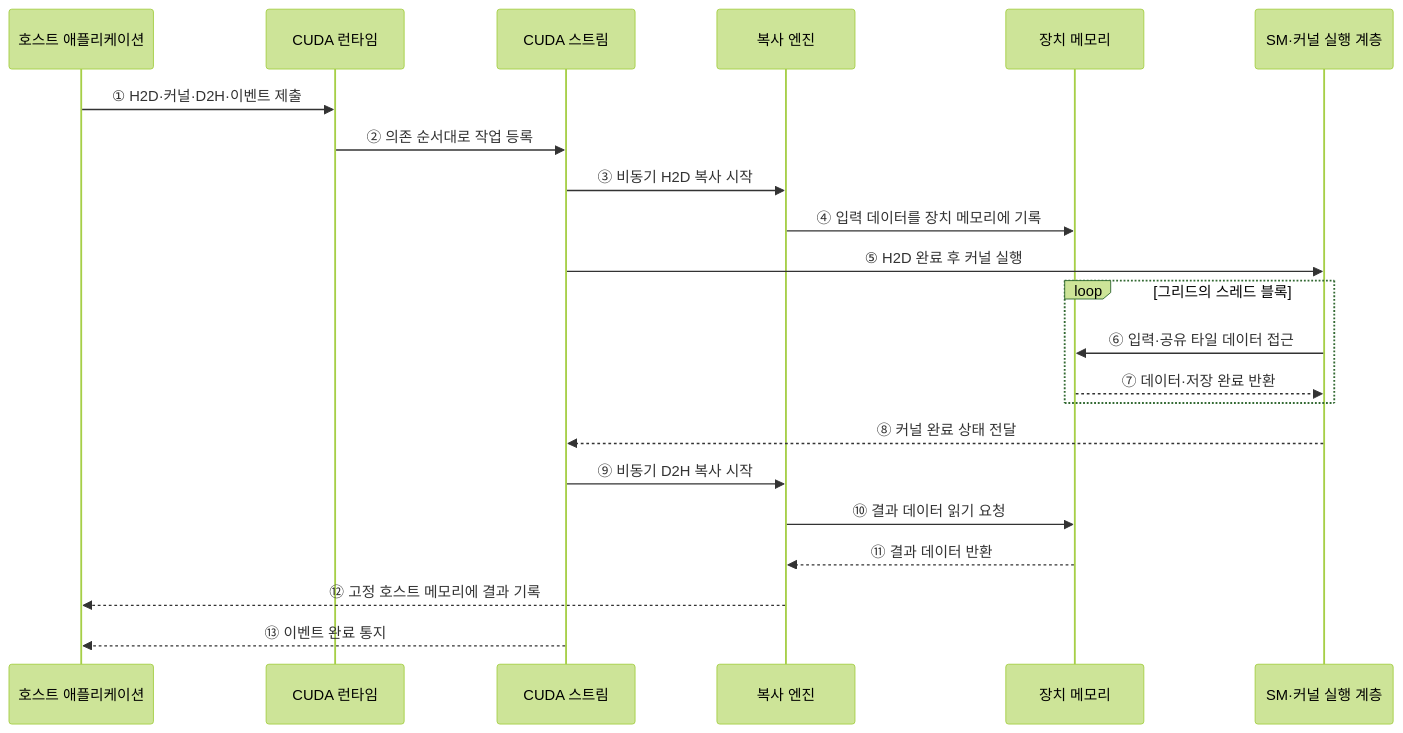
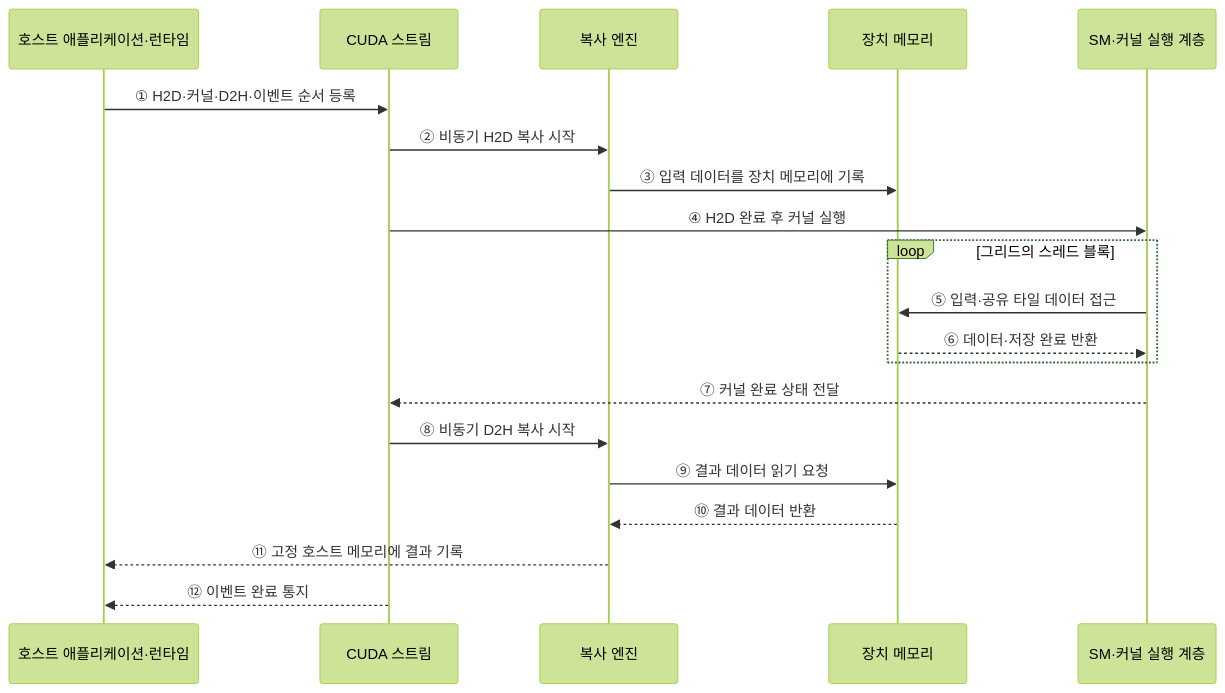
The second of 2 diagrams in src/content/docs/notes/02-hardware/042_cuda_parallel_computing.md (agnusdei1207/knowledge-base), drawn with Mermaid (forest theme) before and after one commit. The commit also changed other lines of this file and 20 other files, not shown here.

````diff
--- a/src/content/docs/notes/02-hardware/042_cuda_parallel_computing.md
+++ b/src/content/docs/notes/02-hardware/042_cuda_parallel_computing.md
@@ -87,25 +78,23 @@
 ```mermaid
 sequenceDiagram
-    participant H as 호스트 애플리케이션
-    participant R as CUDA 런타임
+    participant H as 호스트 애플리케이션·런타임
     participant S as CUDA 스트림
     participant C as 복사 엔진
     participant M as 장치 메모리
     participant K as SM·커널 실행 계층
 
-    H->>R: ① H2D·커널·D2H·이벤트 제출
-    R->>S: ② 의존 순서대로 작업 등록
-    S->>C: ③ 비동기 H2D 복사 시작
-    C->>M: ④ 입력 데이터를 장치 메모리에 기록
-    S->>K: ⑤ H2D 완료 후 커널 실행
+    H->>S: ① H2D·커널·D2H·이벤트 순서 등록
+    S->>C: ② 비동기 H2D 복사 시작
+    C->>M: ③ 입력 데이터를 장치 메모리에 기록
+    S->>K: ④ H2D 완료 후 커널 실행
     loop 그리드의 스레드 블록
-        K->>M: ⑥ 입력·공유 타일 데이터 접근
-        M-->>K: ⑦ 데이터·저장 완료 반환
+        K->>M: ⑤ 입력·공유 타일 데이터 접근
+        M-->>K: ⑥ 데이터·저장 완료 반환
     end
-    K-->>S: ⑧ 커널 완료 상태 전달
-    S->>C: ⑨ 비동기 D2H 복사 시작
-    C->>M: ⑩ 결과 데이터 읽기 요청
-    M-->>C: ⑪ 결과 데이터 반환
-    C-->>H: ⑫ 고정 호스트 메모리에 결과 기록
-    S-->>H: ⑬ 이벤트 완료 통지
+    K-->>S: ⑦ 커널 완료 상태 전달
+    S->>C: ⑧ 비동기 D2H 복사 시작
+    C->>M: ⑨ 결과 데이터 읽기 요청
+    M-->>C: ⑩ 결과 데이터 반환
+    C-->>H: ⑪ 고정 호스트 메모리에 결과 기록
+    S-->>H: ⑫ 이벤트 완료 통지
 ```
````
